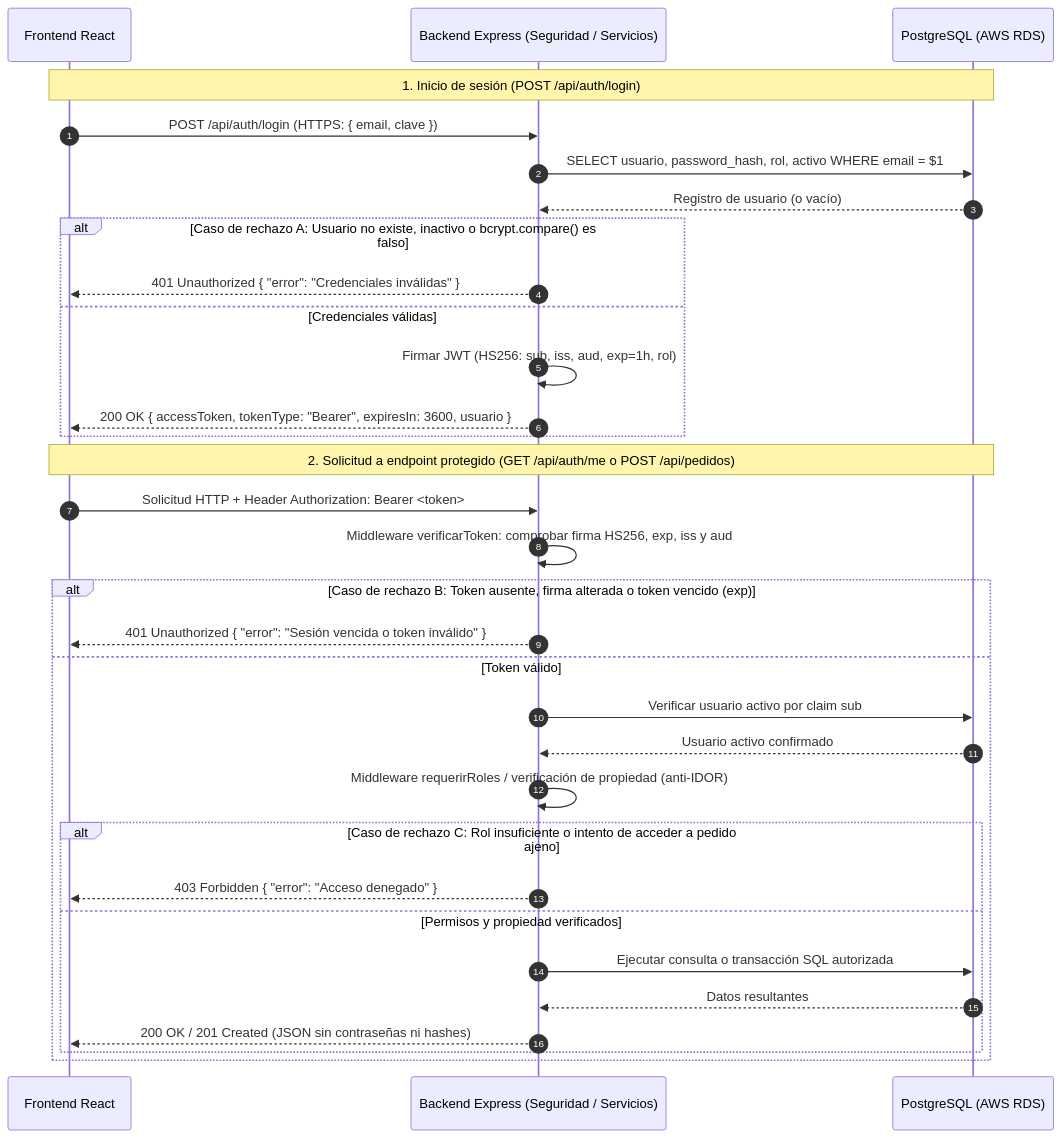
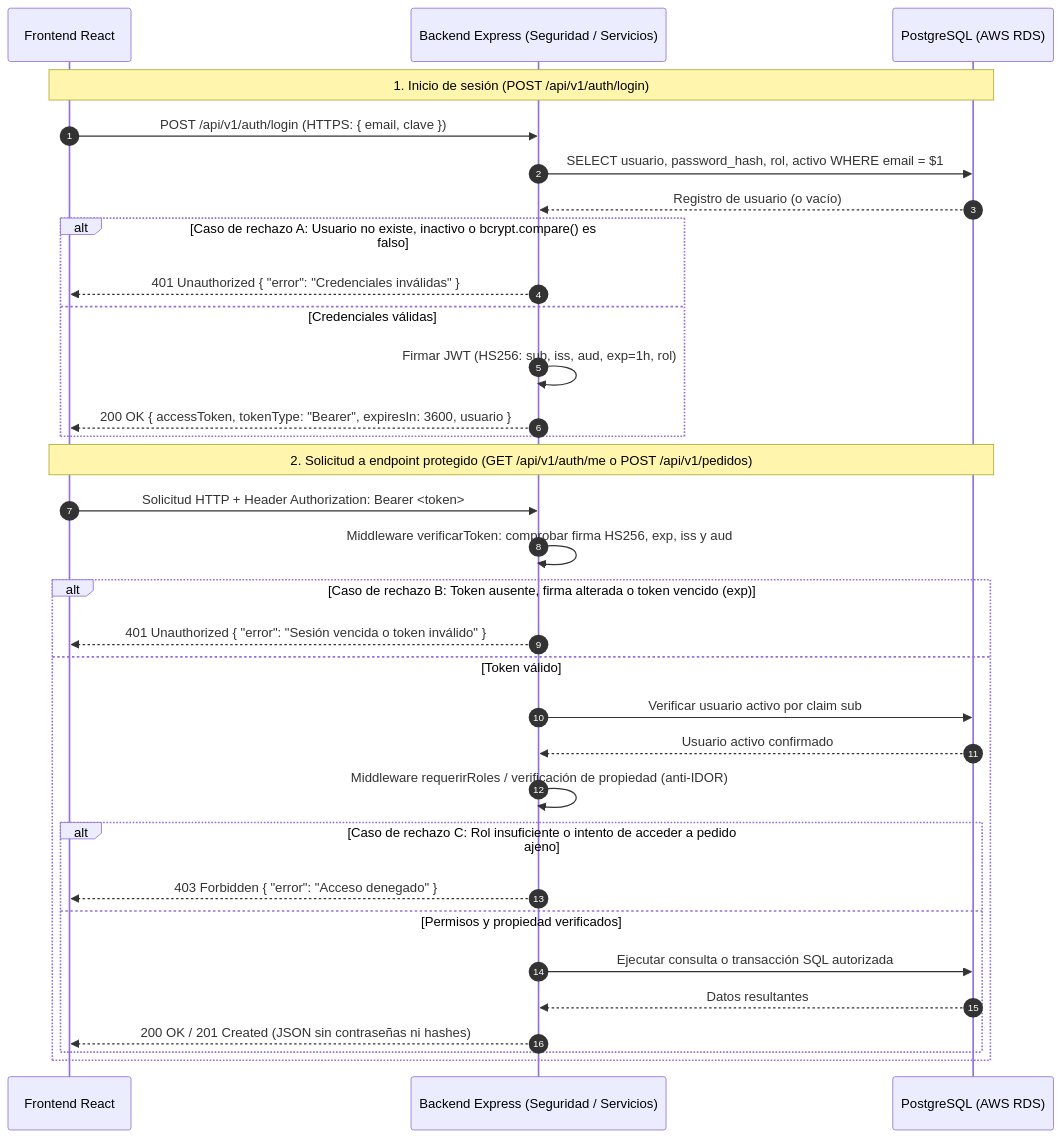
One commit to joelespinoza-beg/Distribuidora-gas-el-volcan-backend changed the third of 3 diagrams in README.md. Above: the diagram before and after it, drawn with Mermaid. The commit also changed other lines of this file and 19 other files, not shown here.

````diff
--- a/README.md
+++ b/README.md
@@ -433,39 +466,39 @@
 ```mermaid
 sequenceDiagram
     autonumber
     participant React as Frontend React
     participant API as Backend Express (Seguridad / Servicios)
     participant DB as PostgreSQL (AWS RDS)
 
-    Note over React,DB: 1. Inicio de sesión (POST /api/auth/login)
-    React->>API: POST /api/auth/login (HTTPS: { email, clave })
+    Note over React,DB: 1. Inicio de sesión (POST /api/v1/auth/login)
+    React->>API: POST /api/v1/auth/login (HTTPS: { email, clave })
     API->>DB: SELECT usuario, password_hash, rol, activo WHERE email = $1
     DB-->>API: Registro de usuario (o vacío)
 
     alt Caso de rechazo A: Usuario no existe, inactivo o bcrypt.compare() es falso
         API-->>React: 401 Unauthorized { "error": "Credenciales inválidas" }
     else Credenciales válidas
         API->>API: Firmar JWT (HS256: sub, iss, aud, exp=1h, rol)
         API-->>React: 200 OK { accessToken, tokenType: "Bearer", expiresIn: 3600, usuario }
     end
 
-    Note over React,DB: 2. Solicitud a endpoint protegido (GET /api/auth/me o POST /api/pedidos)
+    Note over React,DB: 2. Solicitud a endpoint protegido (GET /api/v1/auth/me o POST /api/v1/pedidos)
     React->>API: Solicitud HTTP + Header Authorization: Bearer <token>
     API->>API: Middleware verificarToken: comprobar firma HS256, exp, iss y aud
 
     alt Caso de rechazo B: Token ausente, firma alterada o token vencido (exp)
         API-->>React: 401 Unauthorized { "error": "Sesión vencida o token inválido" }
     else Token válido
         API->>DB: Verificar usuario activo por claim sub
         DB-->>API: Usuario activo confirmado
         API->>API: Middleware requerirRoles / verificación de propiedad (anti-IDOR)
 
         alt Caso de rechazo C: Rol insuficiente o intento de acceder a pedido ajeno
             API-->>React: 403 Forbidden { "error": "Acceso denegado" }
         else Permisos y propiedad verificados
             API->>DB: Ejecutar consulta o transacción SQL autorizada
             DB-->>API: Datos resultantes
             API-->>React: 200 OK / 201 Created (JSON sin contraseñas ni hashes)
         end
     end
 ```
````
